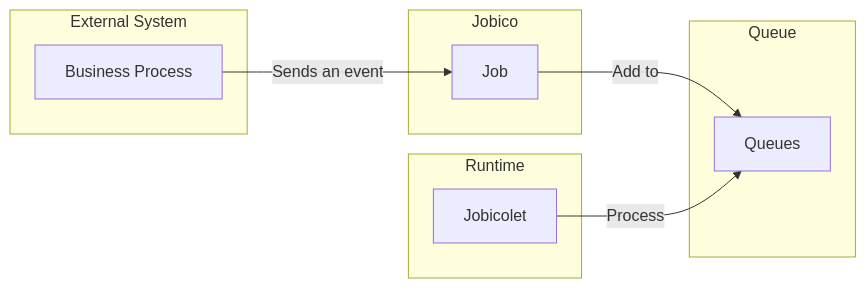
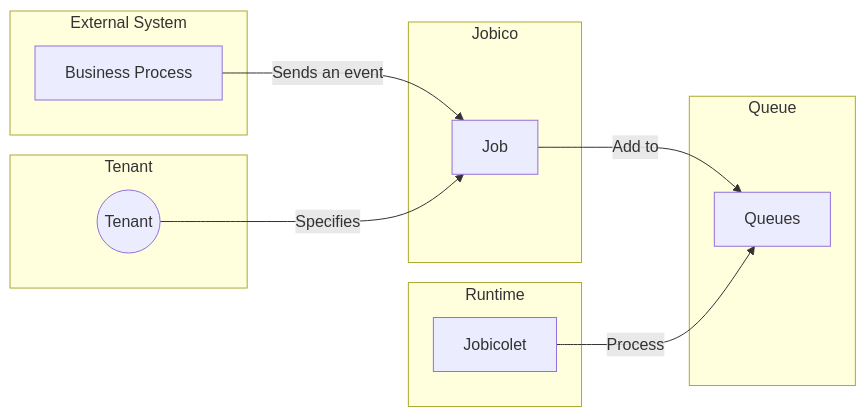
One commit to andrescosta/jobico-fn changed the second of 2 diagrams in Guide.MD. Above: the diagram before and after it, drawn with Mermaid.

Commit message:
docs refactors

````diff
--- a/Guide.MD
+++ b/Guide.MD
@@ -20,19 +20,23 @@
 ```mermaid
 
 graph LR;
+   subgraph Tenant
+        T((Tenant))
+    end
     subgraph External System
         A[Business Process]
     end
     subgraph Jobico
         B[Job]
     end
     subgraph Queue
         C[Queues]
     end
     subgraph Runtime
         D[Jobicolet]
     end
     A -->|Sends an event|B
+    T -->|Specifies| B
     B -->|Add to| C
     D -->|Process| C
 ```
````
